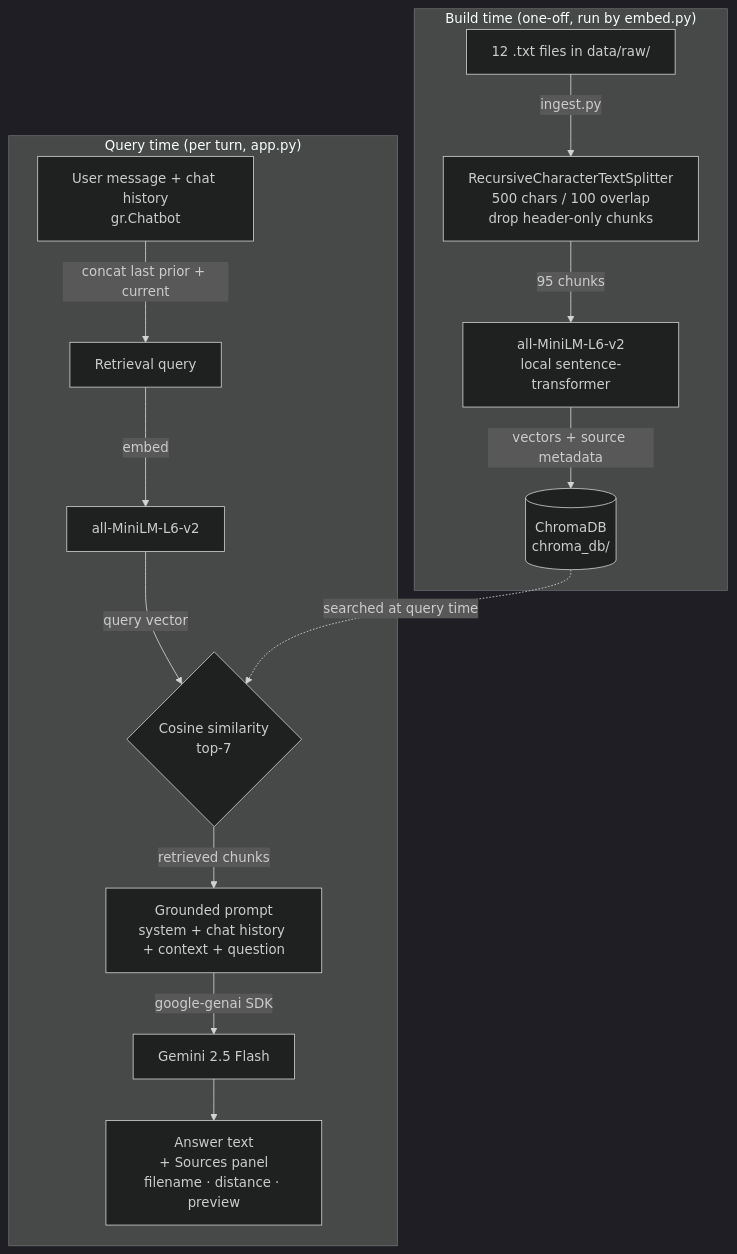
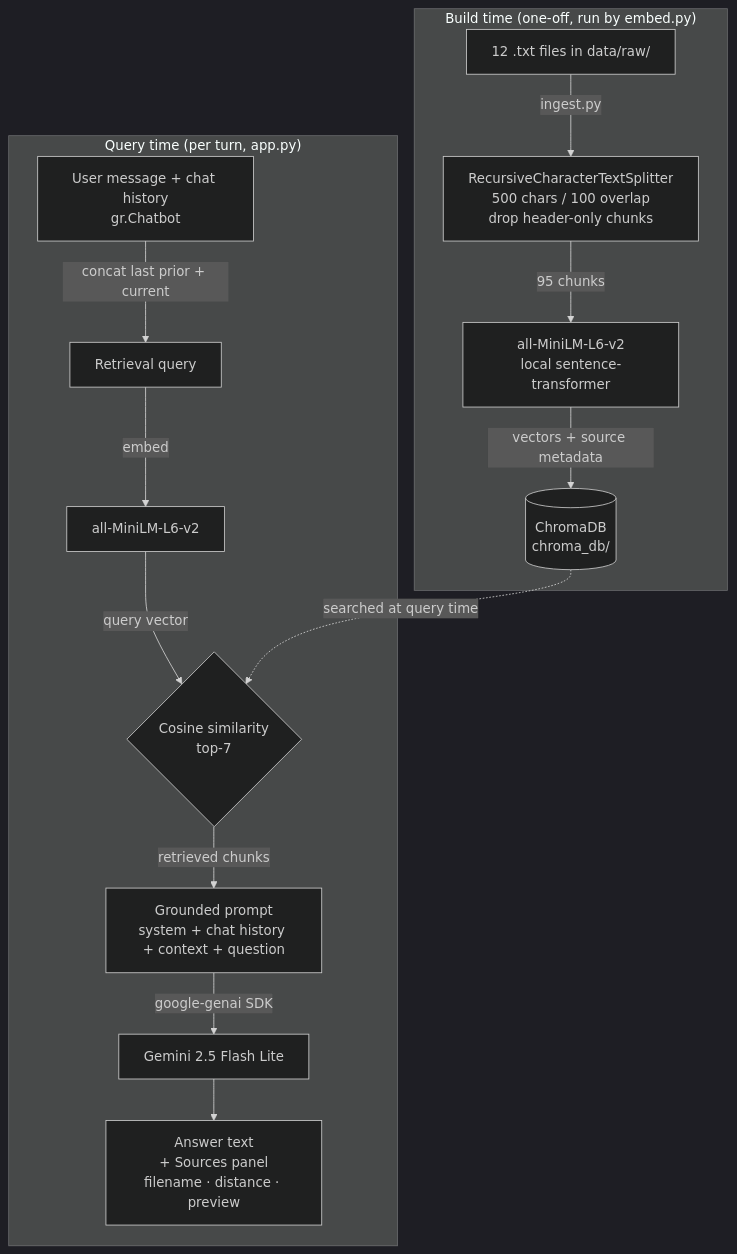
The diagram in README.md (sh4wnbk/ai201-project1-unofficial-guide-starter), drawn with Mermaid (dark theme) before and after one commit. The commit also changed other lines of this file and 2 other files, not shown here.

Commit message:
Swap to gemini-2.5-flash-lite (avoid 20 RPD quota); add UI error handling

````diff
--- a/README.md
+++ b/README.md
@@ -36,19 +36,19 @@
 ```mermaid
 flowchart TD
     subgraph BUILD["Build time (one-off, run by embed.py)"]
         A[12 .txt files in data/raw/] -->|ingest.py| B[RecursiveCharacterTextSplitter<br/>500 chars / 100 overlap<br/>drop header-only chunks]
         B -->|95 chunks| C[all-MiniLM-L6-v2<br/>local sentence-transformer]
         C -->|vectors + source metadata| D[(ChromaDB<br/>chroma_db/)]
     end
 
     subgraph QUERY["Query time (per turn, app.py)"]
         E[User message + chat history<br/>gr.Chatbot] -->|concat last prior + current| F[Retrieval query]
         F -->|embed| G[all-MiniLM-L6-v2]
         G -->|query vector| H{Cosine similarity<br/>top-7}
         H -->|retrieved chunks| I[Grounded prompt<br/>system + chat history + context + question]
-        I -->|google-genai SDK| J[Gemini 2.5 Flash]
+        I -->|google-genai SDK| J[Gemini 2.5 Flash Lite]
         J --> K[Answer text<br/>+ Sources panel<br/>filename · distance · preview]
     end
 
     D -.->|searched at query time| H
 ```
````
